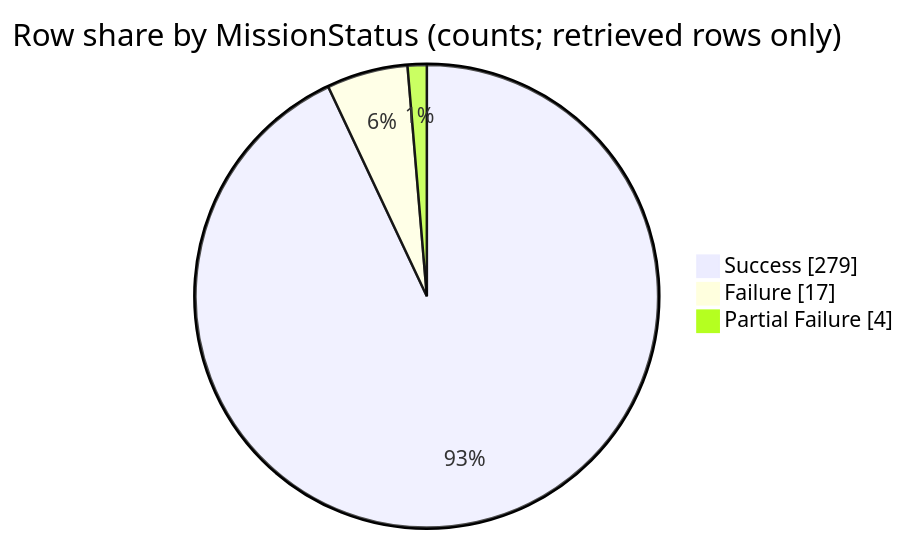
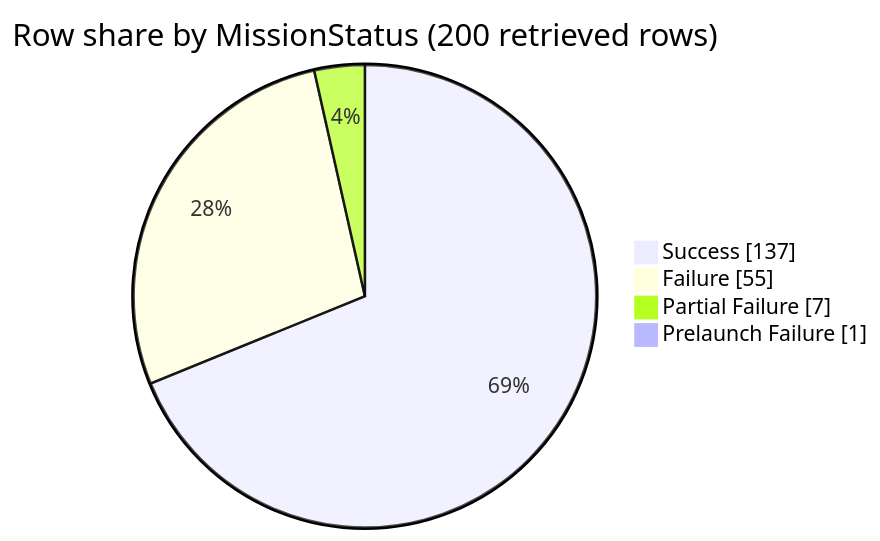
One commit to AntonRyzhkou1988/prompt-engineering changed the diagram in answers/question_space_missions_mission_status_share.md. Above: the diagram before and after it, drawn with Mermaid. The commit also changed other lines of this file and 5 other files, not shown here.

````diff
--- a/answers/question_space_missions_mission_status_share.md
+++ b/answers/question_space_missions_mission_status_share.md
@@ -44,7 +48,8 @@
 ```mermaid
 pie showData
-    title Row share by MissionStatus (counts; retrieved rows only)
-    "Success" : 279
-    "Failure" : 17
-    "Partial Failure" : 4
+    title Row share by MissionStatus (200 retrieved rows)
+    "Success" : 137
+    "Failure" : 55
+    "Partial Failure" : 7
+    "Prelaunch Failure" : 1
 ```
````
